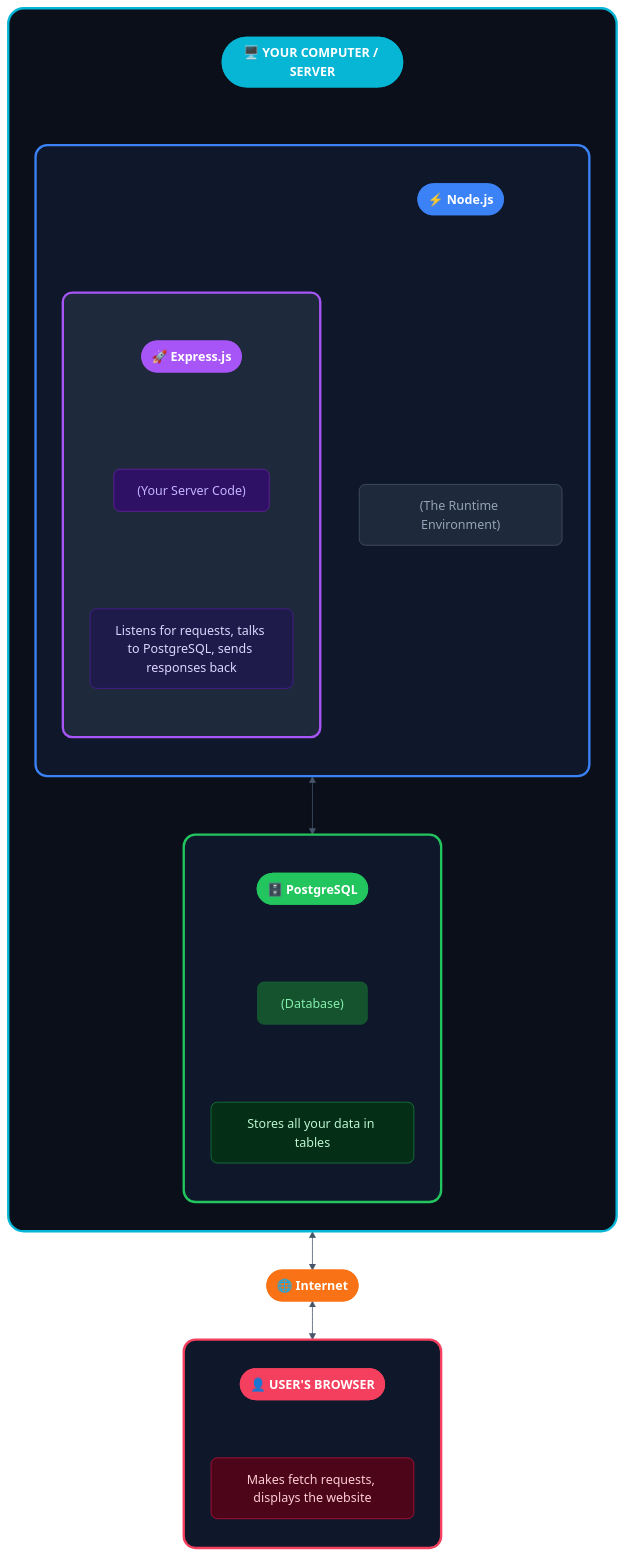
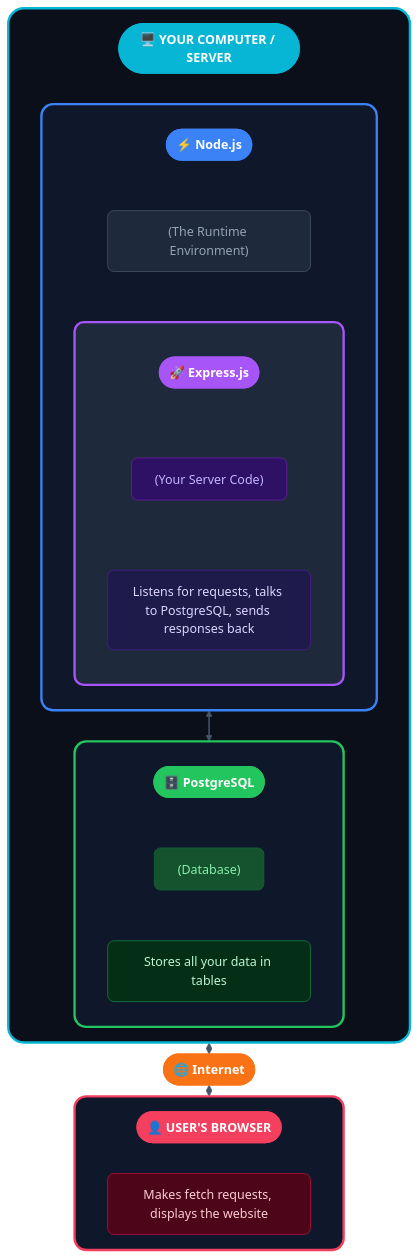
One commit to kennethpdang/ArborWiseSolutions changed the second of 2 diagrams in tutorials/README.md. Above: the diagram before and after it, drawn with Mermaid.

Commit message:
Refactor flowchart in tutorials README to enhance node spacing and improve diagram clarity

````diff
--- a/tutorials/README.md
+++ b/tutorials/README.md
@@ -207,4 +207,5 @@
 ```mermaid
+%%{init: {'flowchart': {'nodeSpacing': 20, 'rankSpacing': 40}}}%%
 flowchart TB
     subgraph SERVER[" "]
         direction TB
@@ -225,6 +226,7 @@
             end
             
             N_TITLE --- N_DESC
+            N_DESC --- EXPRESS
         end
         
         subgraph POSTGRES[" "]
@@ -236,7 +238,7 @@
             P_TITLE --- P_DESC --- P_DETAIL
         end
         
-        S_TITLE --- NODEJS
+        S_TITLE --- N_TITLE
         EXPRESS <--> POSTGRES
     end
     
@@ -252,42 +254,58 @@
     
     SERVER <--> INTERNET <--> BROWSER
 
-    %% === HIDE INTERNAL LINKS (indices 0-5, 7) ===
-    linkStyle 0 stroke:none,stroke-width:0
-    linkStyle 1 stroke:none,stroke-width:0
-    linkStyle 2 stroke:none,stroke-width:0
-    linkStyle 3 stroke:none,stroke-width:0
-    linkStyle 4 stroke:none,stroke-width:0
-    linkStyle 5 stroke:none,stroke-width:0
-    linkStyle 7 stroke:none,stroke-width:0
-    
-    %% === VISIBLE LINKS (indices 6, 8, 9) ===
-    linkStyle 6 stroke:#475569,stroke-width:1px
-    linkStyle 8 stroke:#475569,stroke-width:1px
-    linkStyle 9 stroke:#475569,stroke-width:1px
+  %% === LINK INDEX REFERENCE ===
+  %% 0: E_TITLE --- E_DESC (hide)
+  %% 1: E_DESC --- E_DETAIL (hide)
+  %% 2: N_TITLE --- N_DESC (hide)
+  %% 3: N_DESC --- EXPRESS (hide)
+  %% 4: P_TITLE --- P_DESC (hide)
+  %% 5: P_DESC --- P_DETAIL (hide)
+  %% 6: S_TITLE --- NODEJS (hide)
+  %% 7: EXPRESS <--> POSTGRES (SHOW)
+  %% 8: B_TITLE --- B_DETAIL (hide)
+  %% 9: SERVER <--> INTERNET (SHOW)
+  %% 10: INTERNET <--> BROWSER (SHOW)
 
-    %% === SUBGRAPH STYLING ===
-    style SERVER fill:#0a0f1a,stroke:#06b6d4,stroke-width:3px,rx:20,ry:20
-    style NODEJS fill:#0f172a,stroke:#3b82f6,stroke-width:3px,rx:15,ry:15
-    style EXPRESS fill:#1e293b,stroke:#a855f7,stroke-width:3px,rx:12,ry:12
-    style POSTGRES fill:#0f172a,stroke:#22c55e,stroke-width:3px,rx:15,ry:15
-    style BROWSER fill:#0f172a,stroke:#f43f5e,stroke-width:3px,rx:15,ry:15
-    
-    %% === TITLE STYLING (pill shaped) ===
-    style S_TITLE fill:#06b6d4,stroke:#06b6d4,stroke-width:2px,color:#fff,font-weight:bold
-    style N_TITLE fill:#3b82f6,stroke:#3b82f6,stroke-width:2px,color:#fff,font-weight:bold
-    style E_TITLE fill:#a855f7,stroke:#a855f7,stroke-width:2px,color:#fff,font-weight:bold
-    style P_TITLE fill:#22c55e,stroke:#22c55e,stroke-width:2px,color:#fff,font-weight:bold
-    style B_TITLE fill:#f43f5e,stroke:#f43f5e,stroke-width:2px,color:#fff,font-weight:bold
-    style INTERNET fill:#f97316,stroke:#f97316,stroke-width:2px,color:#fff,font-weight:bold
-    
-    %% === DESCRIPTION STYLING (subtitles) ===
-    style N_DESC fill:#1e293b,stroke:#475569,color:#94a3b8,rx:8,ry:8
-    style E_DESC fill:#2e1065,stroke:#6b21a8,color:#c4b5fd,rx:8,ry:8
-    style P_DESC fill:#14532d,stroke:#166534,color:#86efac,rx:8,ry:8
-    
-    %% === DETAIL STYLING ===
-    style E_DETAIL fill:#1e1b4b,stroke:#4c1d95,color:#ddd6fe,rx:8,ry:8
-    style P_DETAIL fill:#052e16,stroke:#15803d,color:#bbf7d0,rx:8,ry:8
-    style B_DETAIL fill:#4c0519,stroke:#be123c,color:#fecdd3,rx:8,ry:8
+  %% === HIDDEN LINKS ===
+  linkStyle 0 stroke:none
+  linkStyle 1 stroke:none
+  linkStyle 2 stroke:none
+  linkStyle 3 stroke:none
+  linkStyle 4 stroke:none
+  linkStyle 5 stroke:none
+  linkStyle 6 stroke:none
+  linkStyle 8 stroke:none
+  
+  %% === VISIBLE LINKS ===
+  linkStyle 7 stroke:#475569,stroke-width:2px
+  linkStyle 9 stroke:#475569,stroke-width:2px
+  linkStyle 10 stroke:#475569,stroke-width:2px
+
+  %% === SUBGRAPH STYLING ===
+  style SERVER fill:#0a0f1a,stroke:#06b6d4,stroke-width:3px,rx:20,ry:20
+  style NODEJS fill:#0f172a,stroke:#3b82f6,stroke-width:3px,rx:15,ry:15
+  style EXPRESS fill:#1e293b,stroke:#a855f7,stroke-width:3px,rx:12,ry:12
+  style POSTGRES fill:#0f172a,stroke:#22c55e,stroke-width:3px,rx:15,ry:15
+  style BROWSER fill:#0f172a,stroke:#f43f5e,stroke-width:3px,rx:15,ry:15
+  
+  %% === TITLE STYLING (pill shaped) ===
+  style S_TITLE fill:#06b6d4,stroke:#06b6d4,stroke-width:2px,color:#fff,font-weight:bold
+  style N_TITLE fill:#3b82f6,stroke:#3b82f6,stroke-width:2px,color:#fff,font-weight:bold
+  style E_TITLE fill:#a855f7,stroke:#a855f7,stroke-width:2px,color:#fff,font-weight:bold
+  style P_TITLE fill:#22c55e,stroke:#22c55e,stroke-width:2px,color:#fff,font-weight:bold
+  style B_TITLE fill:#f43f5e,stroke:#f43f5e,stroke-width:2px,color:#fff,font-weight:bold
+  style INTERNET fill:#f97316,stroke:#f97316,stroke-width:2px,color:#fff,font-weight:bold
+  
+  %% === DESCRIPTION STYLING (subtitles) ===
+  style N_DESC fill:#1e293b,stroke:#475569,color:#94a3b8,rx:8,ry:8
+  style E_DESC fill:#2e1065,stroke:#6b21a8,color:#c4b5fd,rx:8,ry:8
+  style P_DESC fill:#14532d,stroke:#166534,color:#86efac,rx:8,ry:8
+  
+  %% === DETAIL STYLING ===
+  style E_DETAIL fill:#1e1b4b,stroke:#4c1d95,color:#ddd6fe,rx:8,ry:8
+  style P_DETAIL fill:#052e16,stroke:#15803d,color:#bbf7d0,rx:8,ry:8
+  style B_DETAIL fill:#4c0519,stroke:#be123c,color:#fecdd3,rx:8,ry:8
+
+  %%{init: {'flowchart': {'nodeSpacing': 65, 'rankSpacing': 15}}}%%
 ```
````
